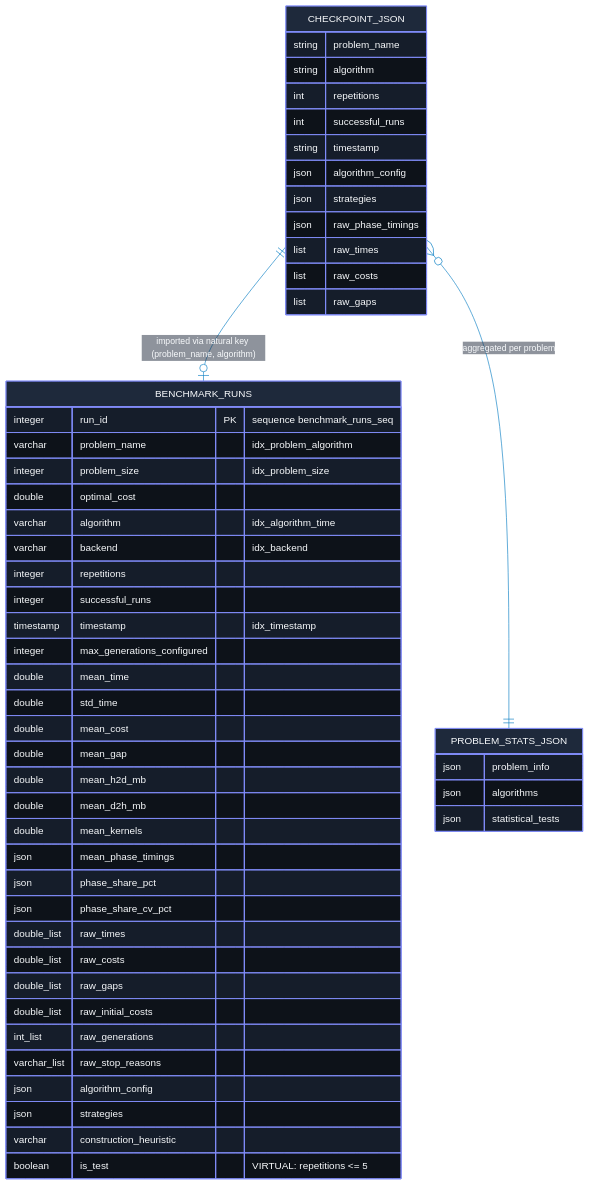
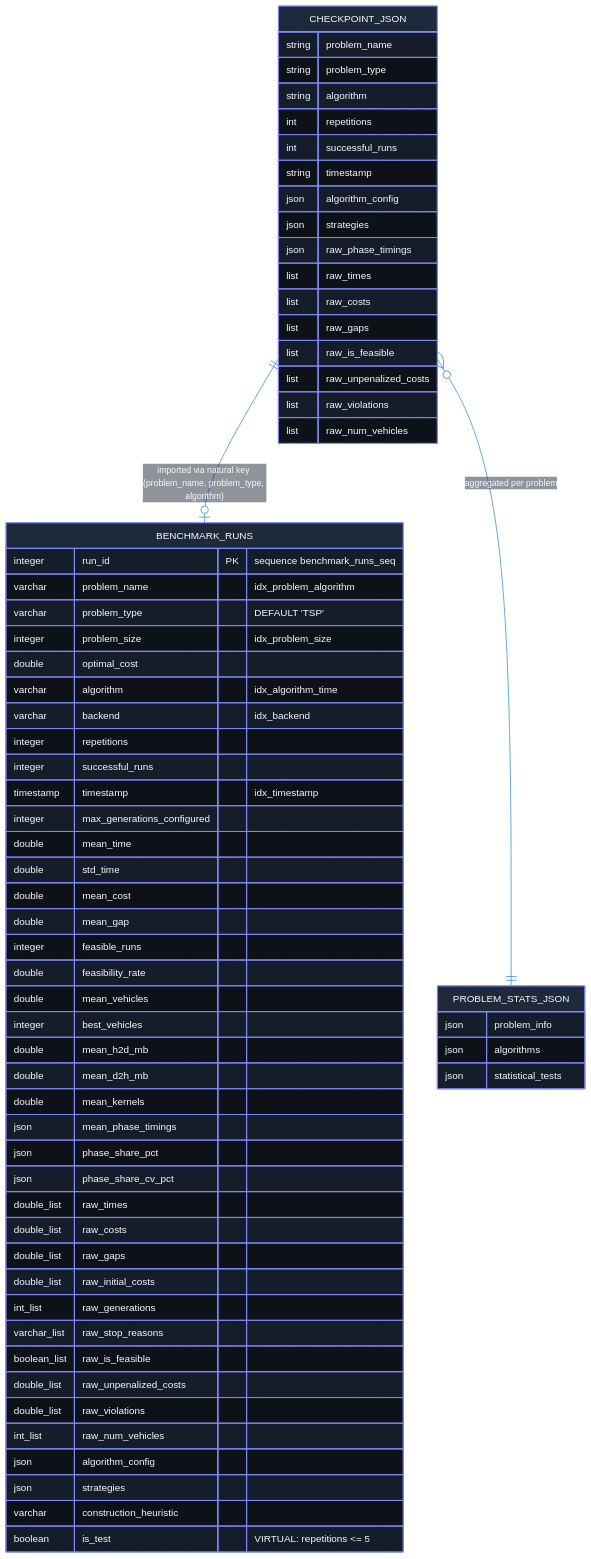
Before and after one commit to lucasgaldinos/tsp_gpu_clean: the third of 3 diagrams in documentation/analysis/guide-architecture-benchmarking-cli-and-utils.md, drawn with Mermaid. The commit also changed other lines of this file and 19 other files, not shown here.

First line of the commit message:
docs(vrp,plans,bib): document CVRP GPU architecture, Deb/Vargha-Delaney citations, and Phase 17 plans

```diff
--- a/documentation/analysis/guide-architecture-benchmarking-cli-and-utils.md
+++ b/documentation/analysis/guide-architecture-benchmarking-cli-and-utils.md
@@ -436,9 +444,10 @@
     fontSize: 14
 ---
 erDiagram
-    CHECKPOINT_JSON ||--o| BENCHMARK_RUNS : "imported via natural key (problem_name, algorithm)"
+    CHECKPOINT_JSON ||--o| BENCHMARK_RUNS : "imported via natural key (problem_name, problem_type, algorithm)"
     CHECKPOINT_JSON {
         string problem_name
+        string problem_type
         string algorithm
         int repetitions
         int successful_runs
@@ -449,10 +458,15 @@
         list raw_times
         list raw_costs
         list raw_gaps
+        list raw_is_feasible
+        list raw_unpenalized_costs
+        list raw_violations
+        list raw_num_vehicles
     }
     BENCHMARK_RUNS {
         integer run_id PK "sequence benchmark_runs_seq"
         varchar problem_name "idx_problem_algorithm"
+        varchar problem_type "DEFAULT 'TSP'"
         integer problem_size "idx_problem_size"
         double optimal_cost
         varchar algorithm "idx_algorithm_time"
@@ -465,6 +479,10 @@
         double std_time
         double mean_cost
         double mean_gap
+        integer feasible_runs
+        double feasibility_rate
+        double mean_vehicles
+        integer best_vehicles
         double mean_h2d_mb
         double mean_d2h_mb
         double mean_kernels
@@ -477,6 +495,10 @@
         double_list raw_initial_costs
         int_list raw_generations
         varchar_list raw_stop_reasons
+        boolean_list raw_is_feasible
+        double_list raw_unpenalized_costs
+        double_list raw_violations
+        int_list raw_num_vehicles
         json algorithm_config
         json strategies
         varchar construction_heuristic
```
